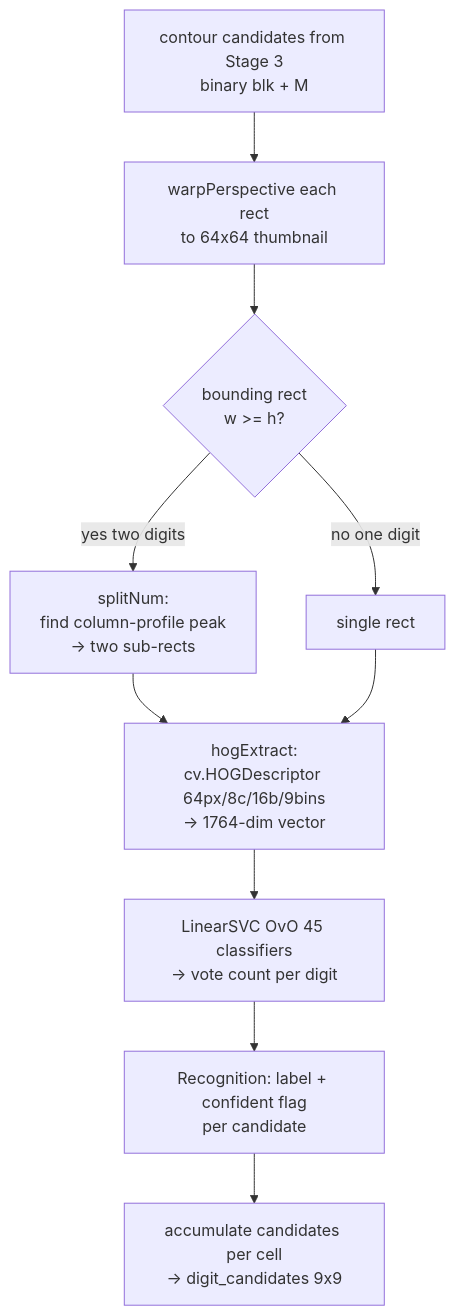
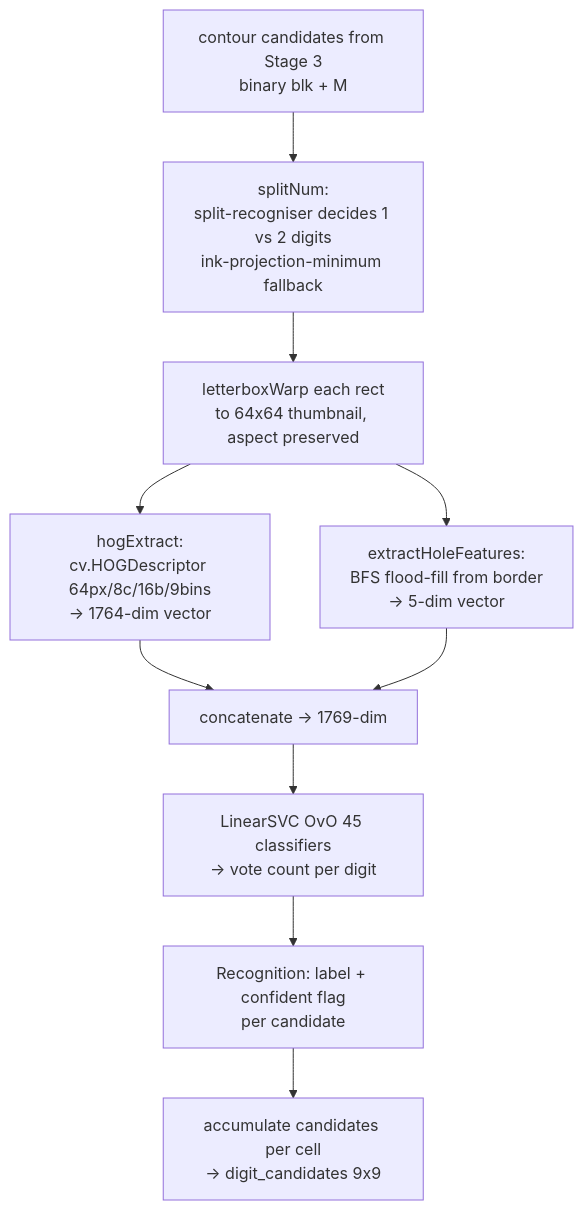
Before and after one commit to gbarrett28/cagedoku: the seventh of 11 diagrams in docs/image-pipeline.md, drawn with Mermaid. The commit also changed other lines of this file and 13 other files, not shown here.

````diff
--- a/docs/image-pipeline.md
+++ b/docs/image-pipeline.md
@@ -321,12 +344,12 @@
 ```mermaid
 flowchart TD
-    A[contour candidates from Stage 3\nbinary blk + M] --> B[warpPerspective each rect\nto 64x64 thumbnail]
-    B --> C{bounding rect\nw >= h?}
-    C -- yes two digits --> D[splitNum:\nfind column-profile peak\n-> two sub-rects]
-    C -- no one digit --> E[single rect]
-    D --> F[hogExtract:\ncv.HOGDescriptor 64px/8c/16b/9bins\n-> 1764-dim vector]
+    A[contour candidates from Stage 3\nbinary blk + M] --> B[splitNum:\nsplit-recogniser decides 1 vs 2 digits\nink-projection-minimum fallback]
+    B --> C[letterboxWarp each rect\nto 64x64 thumbnail, aspect preserved]
+    C --> D[hogExtract:\ncv.HOGDescriptor 64px/8c/16b/9bins\n-> 1764-dim vector]
+    C --> E[extractHoleFeatures:\nBFS flood-fill from border\n-> 5-dim vector]
+    D --> F[concatenate -> 1769-dim]
     E --> F
     F --> G[LinearSVC OvO 45 classifiers\n-> vote count per digit]
     G --> H[Recognition: label + confident flag\nper candidate]
     H --> I[accumulate candidates per cell\n-> digit_candidates 9x9]
 ```
````
